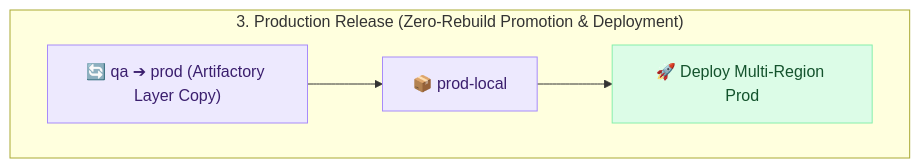
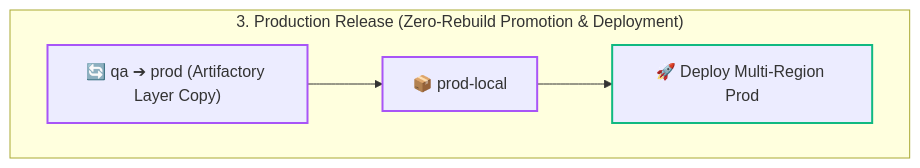
The second of 2 diagrams in docs/devops-responsibilities/paypulse-technologies/index.md (devopspilot1/devopspilot1.github.io), drawn with Mermaid before and after one commit. The commit also changed other lines of this file and 22 other files, not shown here.

Commit message:
feat: add SVG brand icons, initialize Mermaid, and update UI styling and layouts

````diff
--- a/docs/devops-responsibilities/paypulse-technologies/index.md
+++ b/docs/devops-responsibilities/paypulse-technologies/index.md
@@ -474,10 +474,10 @@
 ```mermaid
 graph LR
-    classDef prod fill:#dcfce7,stroke:#86efac,color:#14532d
-    classDef artifactory fill:#ede9fe,stroke:#a78bfa,color:#3b1f6e
+    classDef prod stroke:#10b981,stroke-width:2px
+    classDef artifactory stroke:#a855f7,stroke-width:2px
 
     subgraph PROD["3. Production Release (Zero-Rebuild Promotion & Deployment)"]
         direction LR
         P_PROD["🔄 qa ➔ prod (Artifactory Layer Copy)"]:::artifactory --> PROD_R["📦 prod-local"]:::artifactory --> D_PROD["🚀 Deploy Multi-Region Prod"]:::prod
     end
 ```
````
